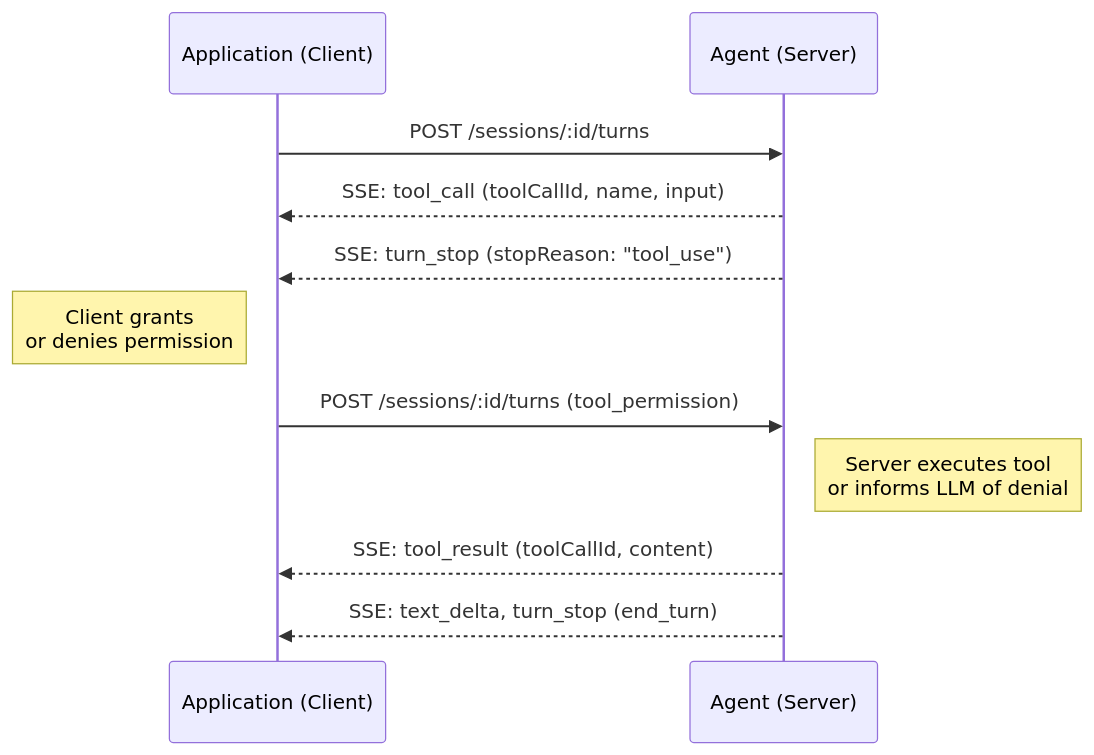
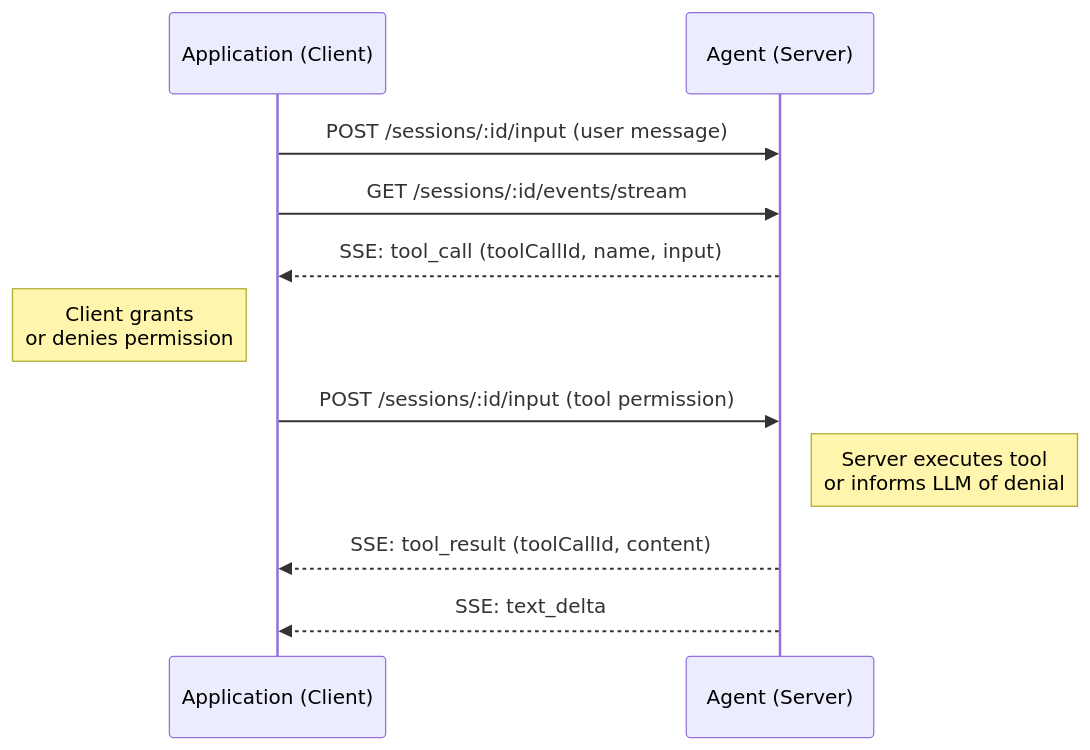
One commit to agentapplicationprotocol/agent-application-protocol changed the third of 4 diagrams in docs/tool-call.md. Above: the diagram before and after it, drawn with Mermaid. The commit also changed other lines of this file and 27 other files, not shown here.

````diff
--- a/docs/tool-call.md
+++ b/docs/tool-call.md
@@ -58,14 +59,14 @@
 ```mermaid
 sequenceDiagram
     participant App as Application (Client)
     participant Agent as Agent (Server)
 
-    App->>Agent: POST /sessions/:id/turns
+    App->>Agent: POST /sessions/:id/input (user message)
+    App->>Agent: GET /sessions/:id/events/stream
     Agent-->>App: SSE: tool_call (toolCallId, name, input)
-    Agent-->>App: SSE: turn_stop (stopReason: "tool_use")
     Note left of App: Client grants<br/>or denies permission
-    App->>Agent: POST /sessions/:id/turns (tool_permission)
+    App->>Agent: POST /sessions/:id/input (tool permission)
     Note right of Agent: Server executes tool<br/>or informs LLM of denial
     Agent-->>App: SSE: tool_result (toolCallId, content)
-    Agent-->>App: SSE: text_delta, turn_stop (end_turn)
+    Agent-->>App: SSE: text_delta
 ```
````
